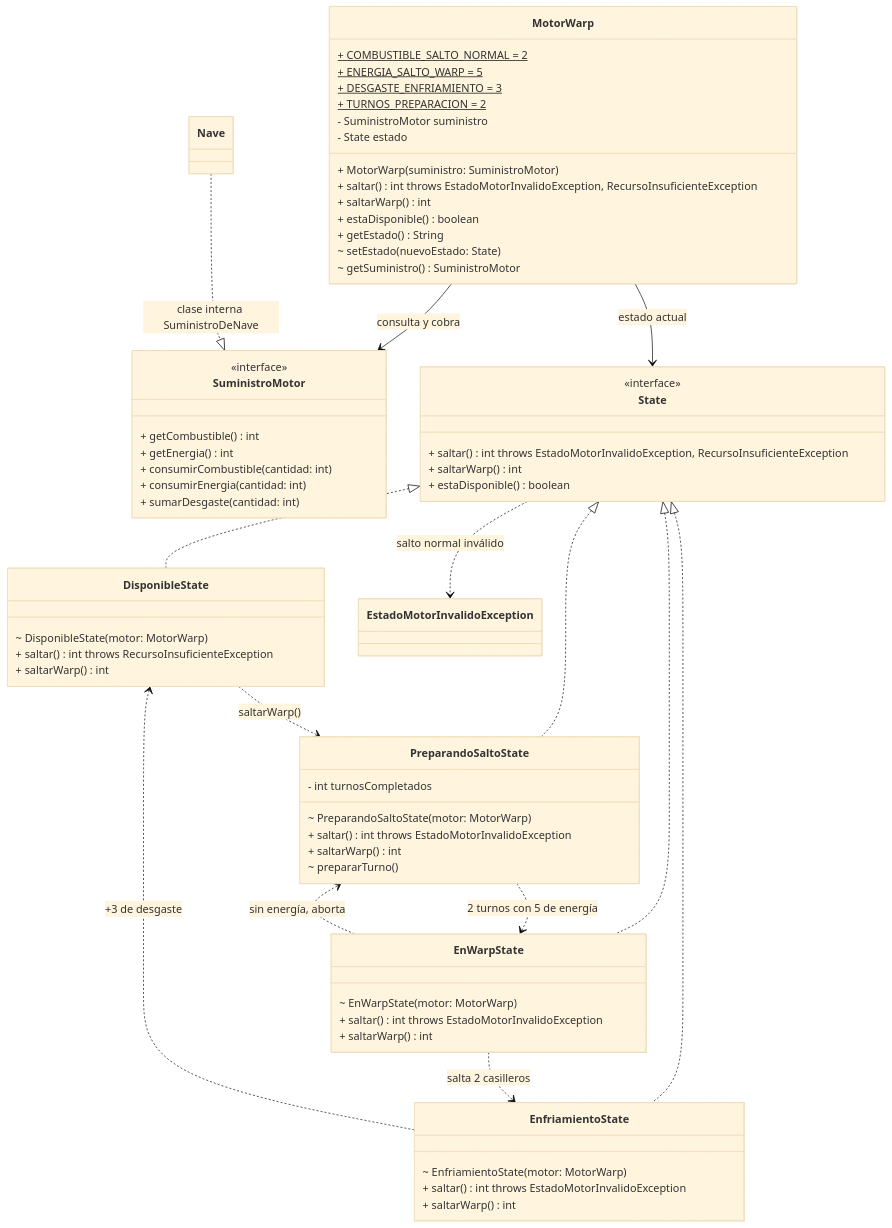
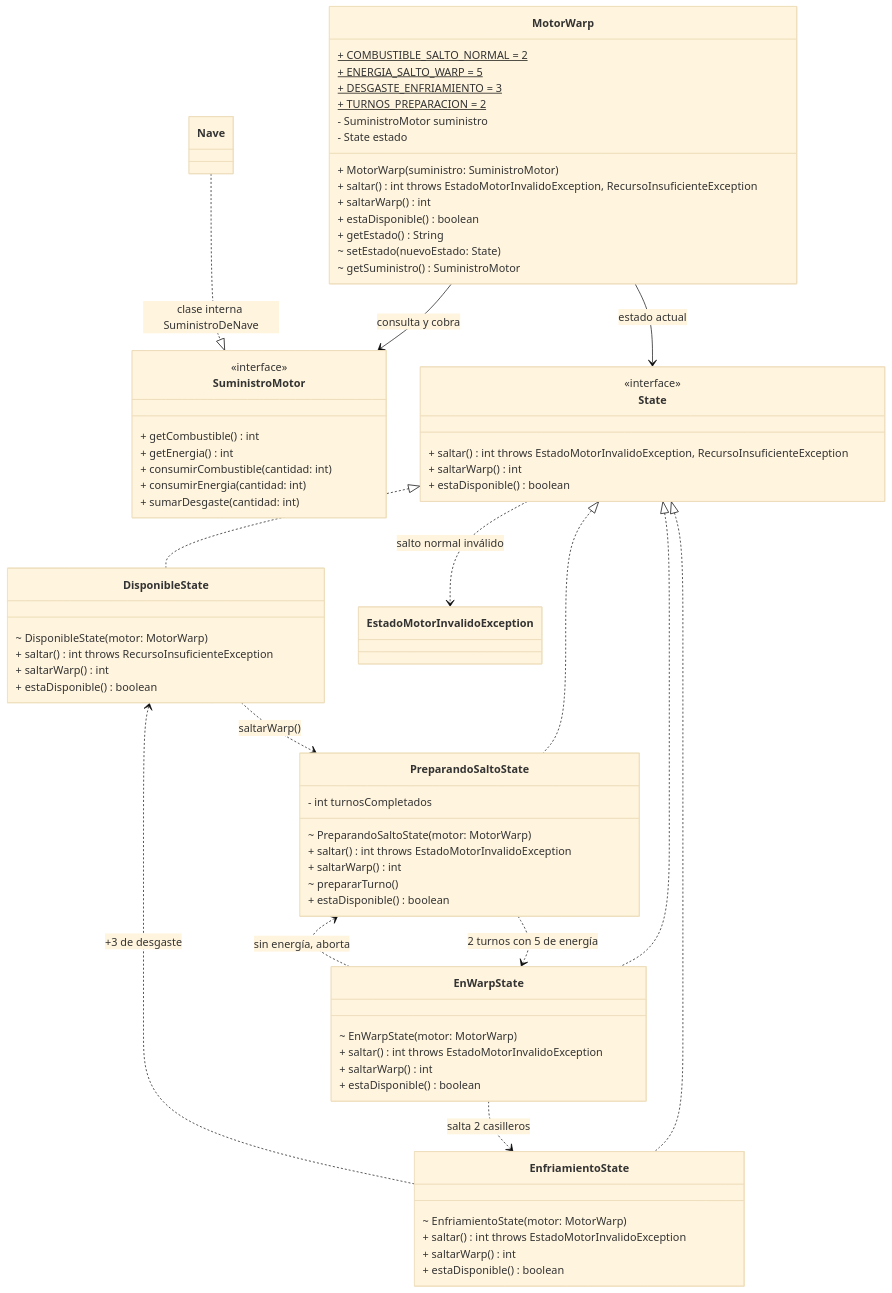
Before and after one commit to josesarregui/tpg-programacion-c-nave: the third of 14 diagrams in docs/diagrama_clases.md, drawn with Mermaid (base theme). The commit also changed other lines of this file and 10 other files, not shown here.

````diff
--- a/docs/diagrama_clases.md
+++ b/docs/diagrama_clases.md
@@ -276,67 +276,71 @@
 ```mermaid
 classDiagram
     class MotorWarp {
         + COMBUSTIBLE_SALTO_NORMAL = 2$
         + ENERGIA_SALTO_WARP = 5$
         + DESGASTE_ENFRIAMIENTO = 3$
         + TURNOS_PREPARACION = 2$
         - SuministroMotor suministro
         - State estado
         + MotorWarp(suministro: SuministroMotor)
         + saltar() int throws EstadoMotorInvalidoException, RecursoInsuficienteException
         + saltarWarp() int
         + estaDisponible() boolean
         + getEstado() String
         ~ setEstado(nuevoEstado: State)
         ~ getSuministro() SuministroMotor
     }
     class SuministroMotor {
         <<interface>>
         + getCombustible() int
         + getEnergia() int
         + consumirCombustible(cantidad: int)
         + consumirEnergia(cantidad: int)
         + sumarDesgaste(cantidad: int)
     }
     class State {
         <<interface>>
         + saltar() int throws EstadoMotorInvalidoException, RecursoInsuficienteException
         + saltarWarp() int
         + estaDisponible() boolean
     }
     class DisponibleState {
         ~ DisponibleState(motor: MotorWarp)
         + saltar() int throws RecursoInsuficienteException
         + saltarWarp() int
+        + estaDisponible() boolean
     }
     class PreparandoSaltoState {
         - int turnosCompletados
         ~ PreparandoSaltoState(motor: MotorWarp)
         + saltar() int throws EstadoMotorInvalidoException
         + saltarWarp() int
         ~ prepararTurno()
+        + estaDisponible() boolean
     }
     class EnWarpState {
         ~ EnWarpState(motor: MotorWarp)
         + saltar() int throws EstadoMotorInvalidoException
         + saltarWarp() int
+        + estaDisponible() boolean
     }
     class EnfriamientoState {
         ~ EnfriamientoState(motor: MotorWarp)
         + saltar() int throws EstadoMotorInvalidoException
         + saltarWarp() int
+        + estaDisponible() boolean
     }
     State <|.. DisponibleState
     State <|.. PreparandoSaltoState
     State <|.. EnWarpState
     State <|.. EnfriamientoState
     MotorWarp --> State : estado actual
     MotorWarp --> SuministroMotor : consulta y cobra
     Nave ..|> SuministroMotor : clase interna SuministroDeNave
     DisponibleState ..> PreparandoSaltoState : saltarWarp()
     PreparandoSaltoState ..> EnWarpState : 2 turnos con 5 de energía
     EnWarpState ..> EnfriamientoState : salta 2 casilleros
     EnWarpState ..> PreparandoSaltoState : sin energía, aborta
     EnfriamientoState ..> DisponibleState : +3 de desgaste
     State ..> EstadoMotorInvalidoException : salto normal inválido
 ```
````
